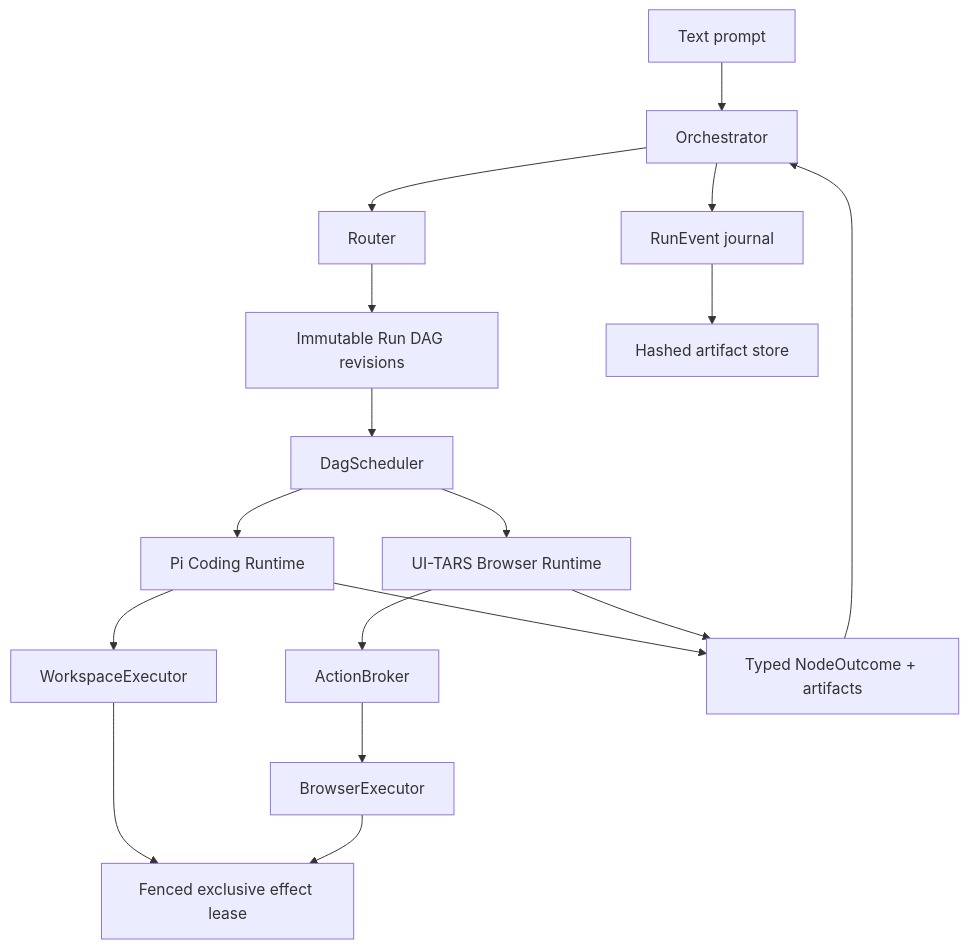
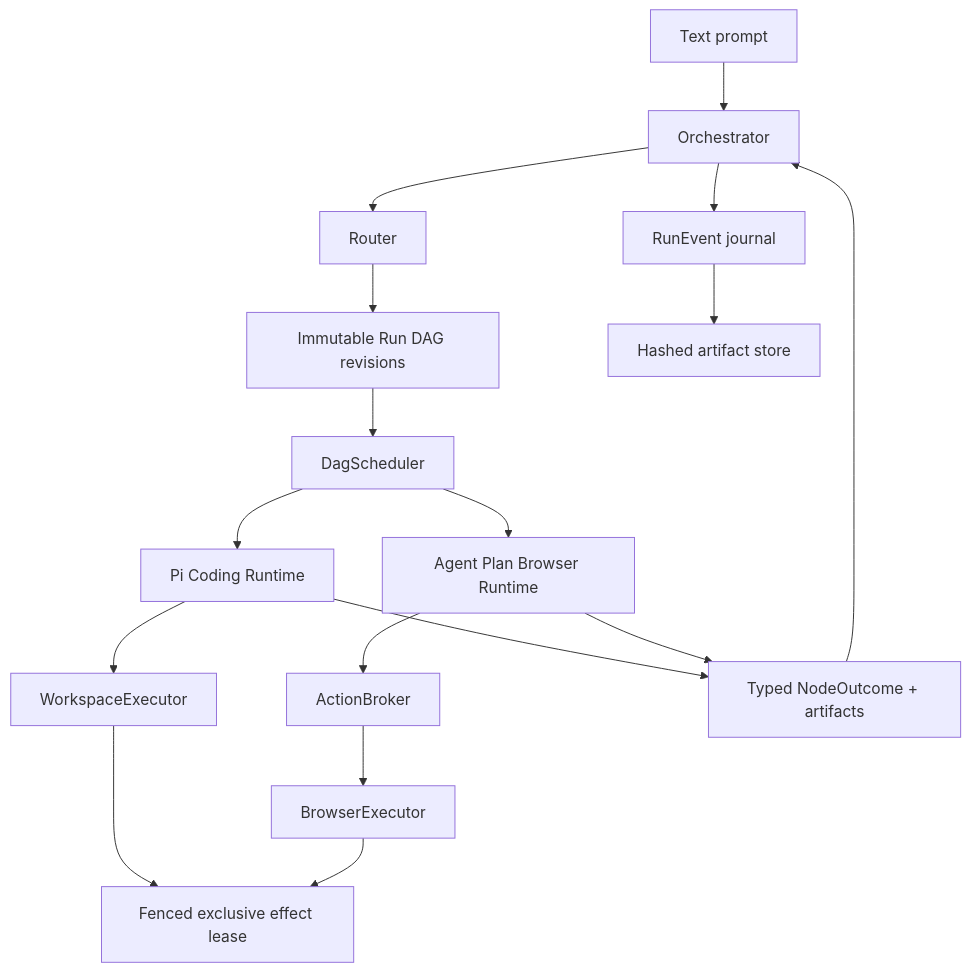
Before and after one commit to Tulipe1735/Prism: the first of 2 diagrams in docs/prism-roadmap.md, drawn with Mermaid. The commit also changed other lines of this file and 31 other files, not shown here.

Commit message:
fix: use Agent Plan-compatible models and unblock approval proposals

````diff
--- a/docs/prism-roadmap.md
+++ b/docs/prism-roadmap.md
@@ -28,19 +28,19 @@
 ```mermaid
 flowchart TD
     P["Text prompt"] --> O["Orchestrator"]
     O --> R["Router"]
     R --> D["Immutable Run DAG revisions"]
     D --> S["DagScheduler"]
     S --> C["Pi Coding Runtime"]
-    S --> B["UI-TARS Browser Runtime"]
+    S --> B["Agent Plan Browser Runtime"]
     C --> W["WorkspaceExecutor"]
     B --> A["ActionBroker"]
     A --> X["BrowserExecutor"]
     W --> E["Fenced exclusive effect lease"]
     X --> E
     C --> T["Typed NodeOutcome + artifacts"]
     B --> T
     T --> O
     O --> J["RunEvent journal"]
     J --> K["Hashed artifact store"]
 ```
````
